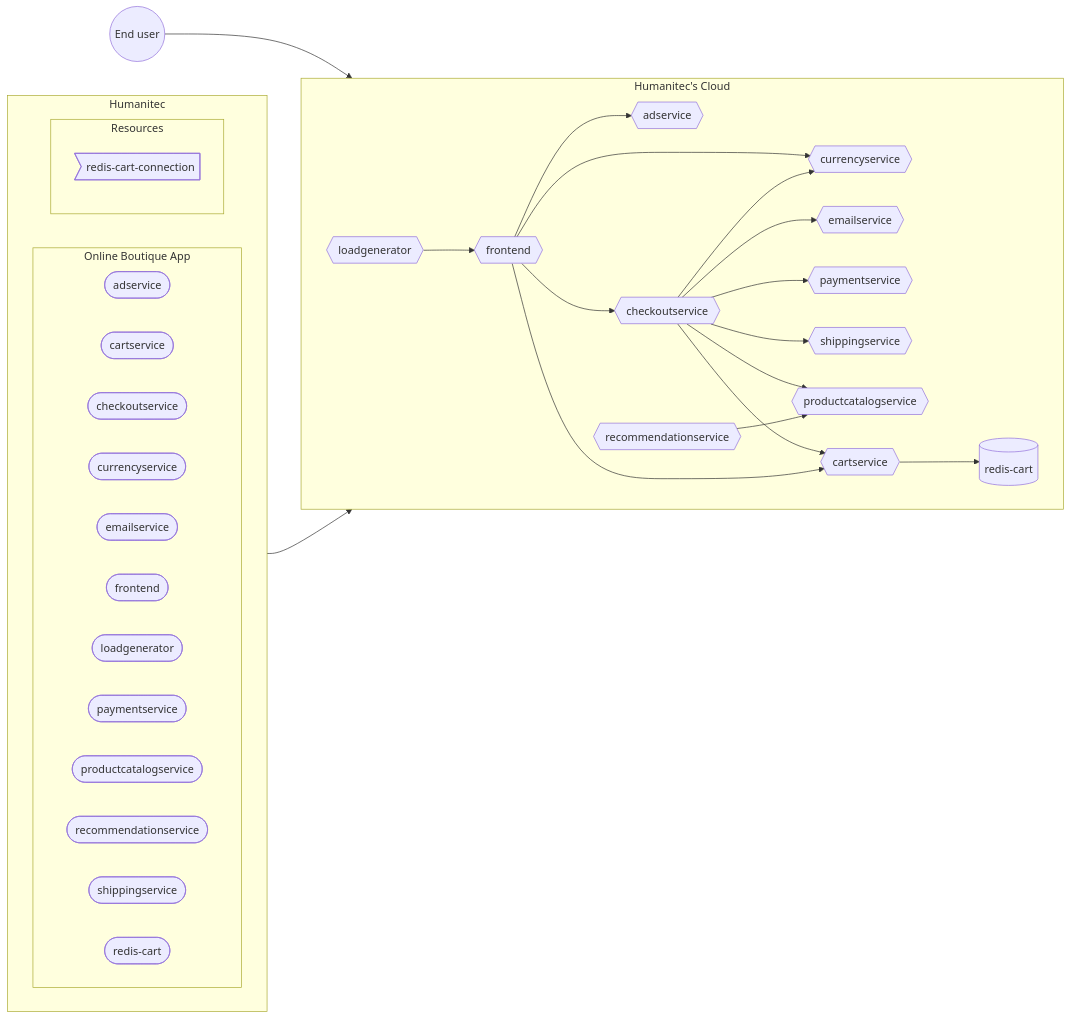
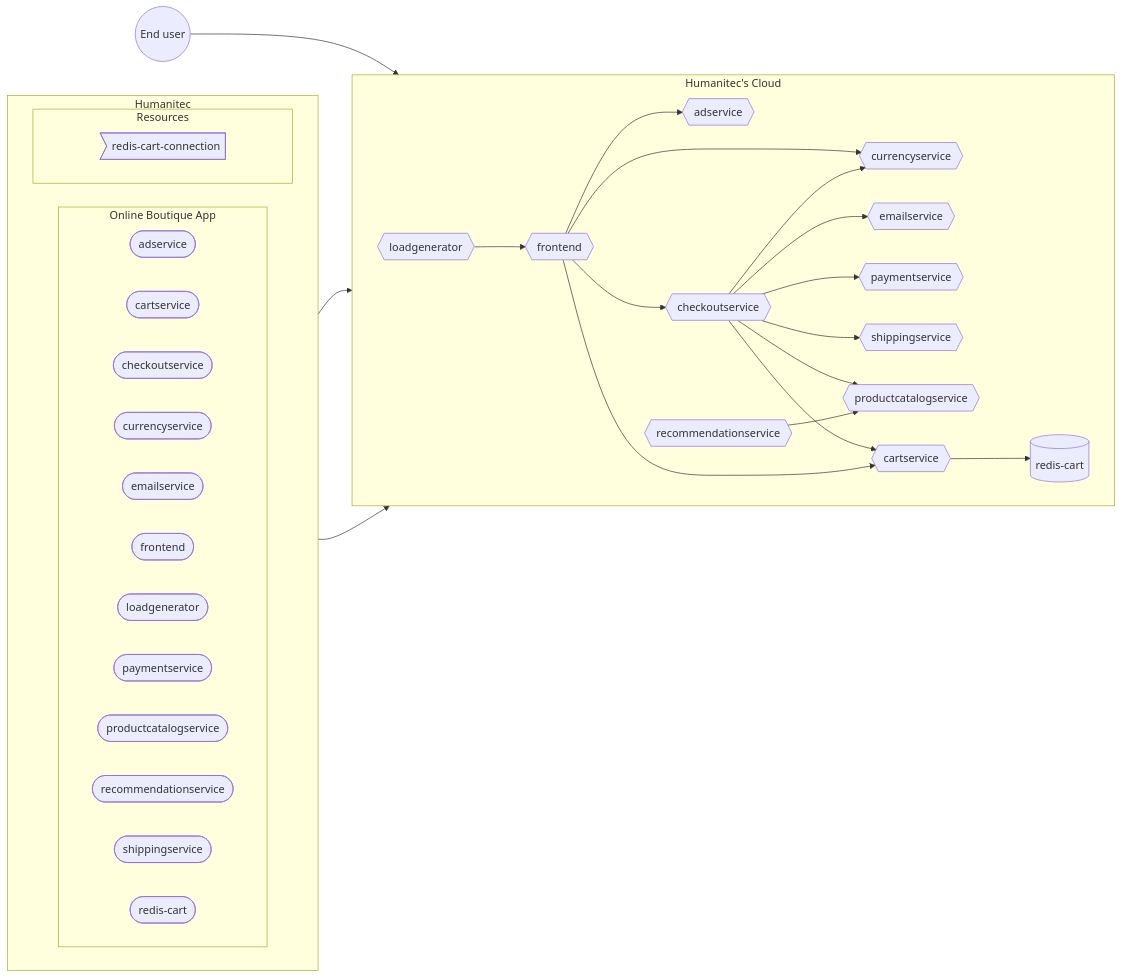
One commit to mathieu-benoit/hello-humanitec changed the diagram in docs/humanitec-default.md. Above: the diagram before and after it, drawn with Mermaid. The commit also changed 2 other files, not shown here.

Commit message:
redis-cart-connection in graphs

````diff
--- a/docs/humanitec-default.md
+++ b/docs/humanitec-default.md
@@ -9,42 +9,43 @@
 ```mermaid
 flowchart LR
   subgraph Humanitec
     direction LR
     subgraph onlineboutique [Online Boutique App]
         direction LR
         adservice-workload([adservice])
         cartservice-workload([cartservice])
         checkoutservice-workload([checkoutservice])
         currencyservice-workload([currencyservice])
         emailservice-workload([emailservice])
         frontend-workload([frontend])
         loadgenerator-workload([loadgenerator])
         paymentservice-workload([paymentservice])
         productcatalogservice-workload([productcatalogservice])
         recommendationservice-workload([recommendationservice])
         shippingservice-workload([shippingservice])
         redis-cart-workload([redis-cart])
     end
     subgraph Resources
         redis-cart-connection>redis-cart-connection]
     end
   end
   subgraph cloud [Humanitec's Cloud]
       direction LR
       frontend{{frontend}}-->adservice{{adservice}}
       frontend-->checkoutservice{{checkoutservice}}
       frontend-->currencyservice{{currencyservice}}
       checkoutservice-->emailservice{{emailservice}}
       checkoutservice-->paymentservice{{paymentservice}}
       checkoutservice-->currencyservice
       checkoutservice-->shippingservice{{shippingservice}}
       checkoutservice-->productcatalogservice{{productcatalogservice}}
       checkoutservice-->cartservice{{cartservice}}
       frontend-->cartservice
       loadgenerator{{loadgenerator}}-->frontend
       recommendationservice{{recommendationservice}}-->productcatalogservice
       cartservice-->redis-cart[(redis-cart)]
   end
   Humanitec-->cloud
   enduser((End user))-->frontend
+  redis-cart-connection-->redis-cart
 ```
````
